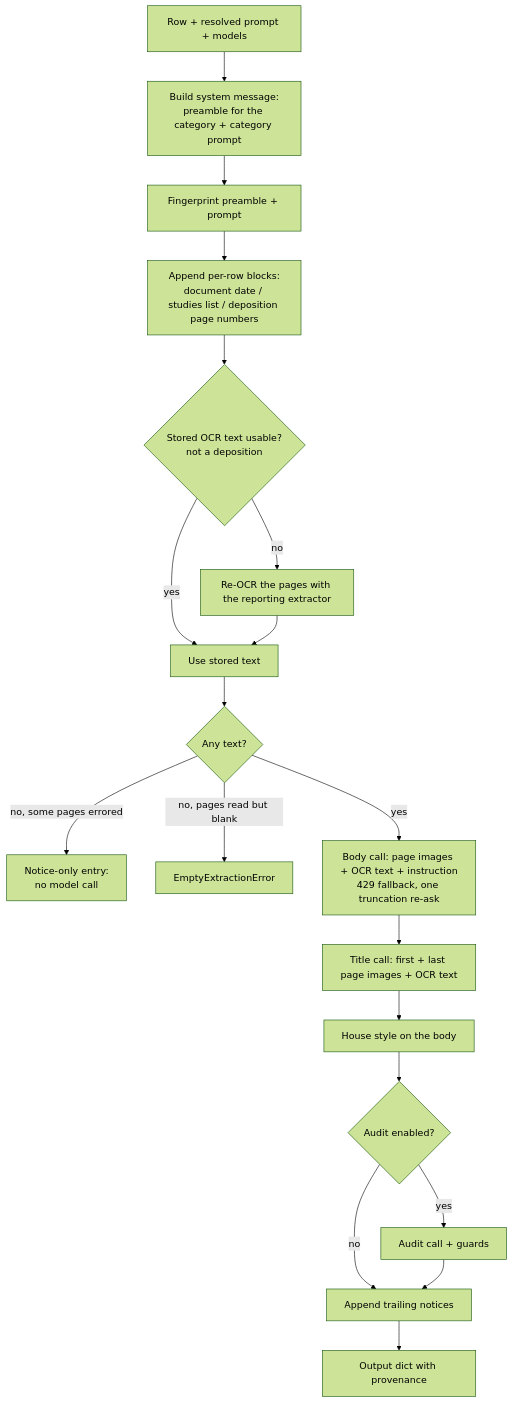
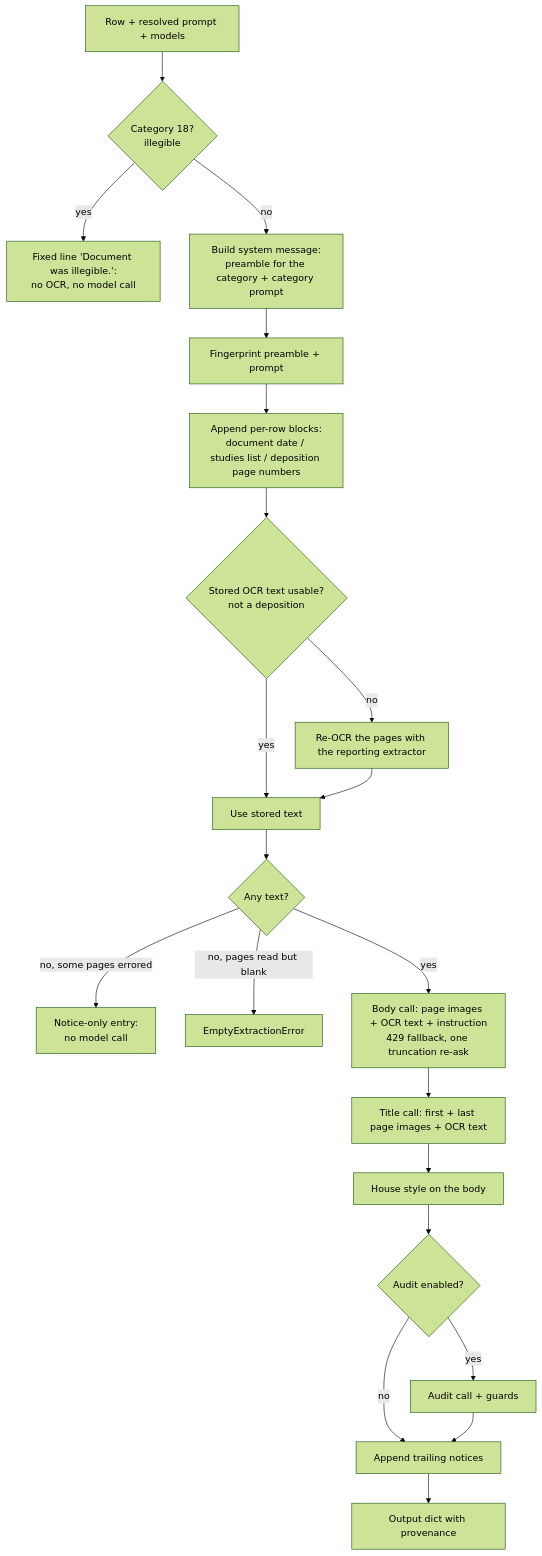
Before and after one commit to gesco-healthcare-support/ai-medical-record-review: the first of 2 diagrams in docs/explanation/summarization.md, drawn with Mermaid (forest theme). The commit also changed other lines of this file and 8 other files, not shown here.

First line of the commit message:
feat(categorization): an illegible document is noted, not dropped

````diff
--- a/docs/explanation/summarization.md
+++ b/docs/explanation/summarization.md
@@ -30,21 +30,23 @@
 ```mermaid
 flowchart TD
-    A[Row + resolved prompt + models] --> B[Build system message:<br/>preamble for the category + category prompt]
+    A[Row + resolved prompt + models] --> Z{Category 18?<br/>illegible}
+    Z -- yes --> ZZ[Fixed line 'Document was illegible.':<br/>no OCR, no model call]
+    Z -- no --> B[Build system message:<br/>preamble for the category + category prompt]
     B --> C[Fingerprint preamble + prompt]
     C --> D[Append per-row blocks:<br/>document date / studies list / deposition page numbers]
     D --> E{Stored OCR text usable?<br/>not a deposition}
     E -- yes --> G[Use stored text]
     E -- no --> F[Re-OCR the pages with the reporting extractor]
     F --> G
     G --> H{Any text?}
     H -- no, some pages errored --> N[Notice-only entry:<br/>no model call]
     H -- no, pages read but blank --> X[EmptyExtractionError]
     H -- yes --> I[Body call: page images + OCR text + instruction<br/>429 fallback, one truncation re-ask]
     I --> J[Title call: first + last page images + OCR text]
     J --> K[House style on the body]
     K --> L{Audit enabled?}
     L -- yes --> M[Audit call + guards]
     L -- no --> O
     M --> O[Append trailing notices]
     O --> P[Output dict with provenance]
 ```
````
